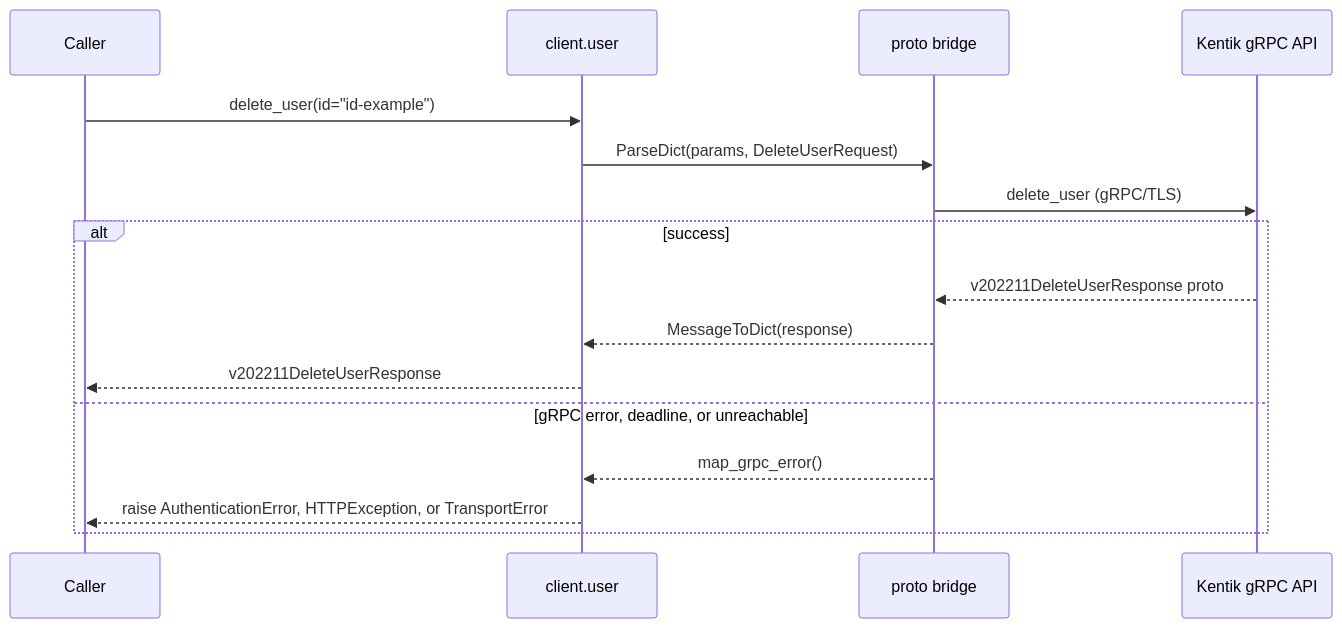
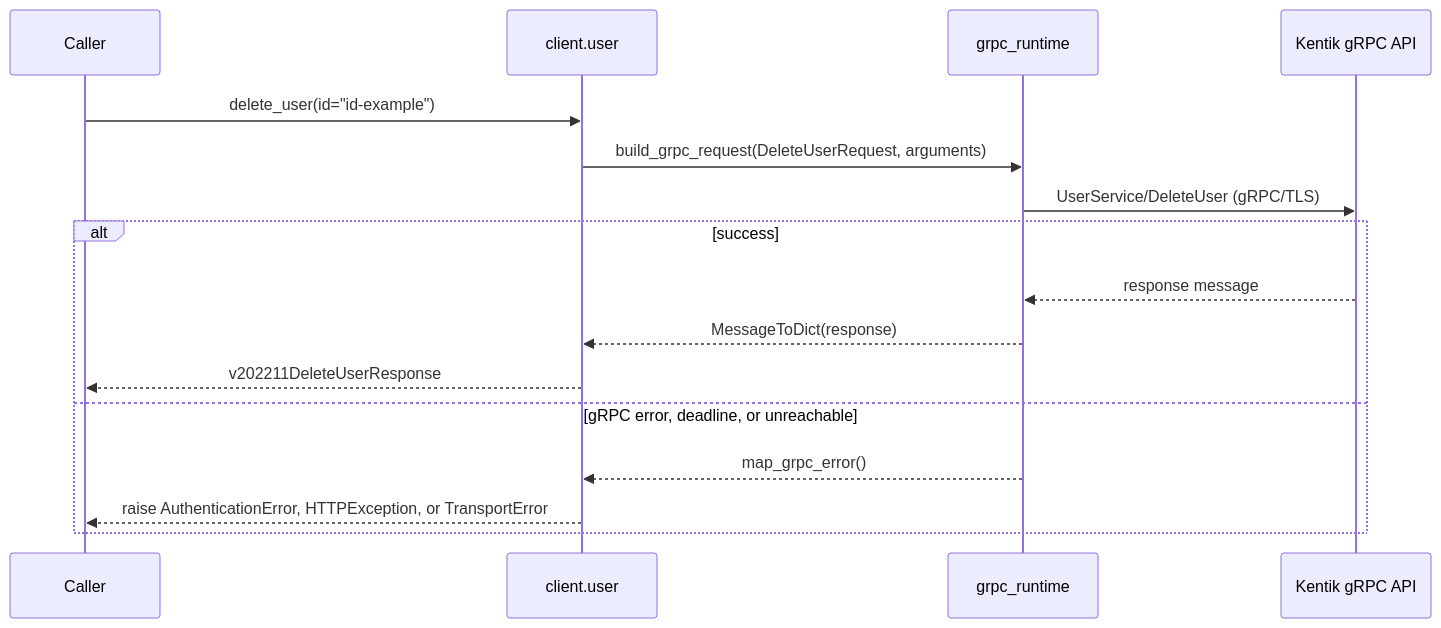
Diagram 11 of 16 in docs/sphinx/services/user.md (alexdearaujo/community_sdk_python), drawn with Mermaid before and after one commit. The commit also changed other lines of this file and 37 other files, not shown here.

First line of the commit message:
docs: show the real RPC in each service page's gRPC diagram

````diff
--- a/docs/sphinx/services/user.md
+++ b/docs/sphinx/services/user.md
@@ -357,19 +357,19 @@
 ```mermaid
 sequenceDiagram
     participant C as Caller
     participant W as client.user
-    participant B as proto bridge
+    participant R as grpc_runtime
     participant API as Kentik gRPC API
 
     C->>W: delete_user(id="id-example")
-    W->>B: ParseDict(params, DeleteUserRequest)
-    B->>API: delete_user (gRPC/TLS)
+    W->>R: build_grpc_request(DeleteUserRequest, arguments)
+    R->>API: UserService/DeleteUser (gRPC/TLS)
     alt success
-        API-->>B: v202211DeleteUserResponse proto
-        B-->>W: MessageToDict(response)
+        API-->>R: response message
+        R-->>W: MessageToDict(response)
         W-->>C: v202211DeleteUserResponse
     else gRPC error, deadline, or unreachable
-        B-->>W: map_grpc_error()
+        R-->>W: map_grpc_error()
         W-->>C: raise AuthenticationError, HTTPException, or TransportError
     end
 ```
````
